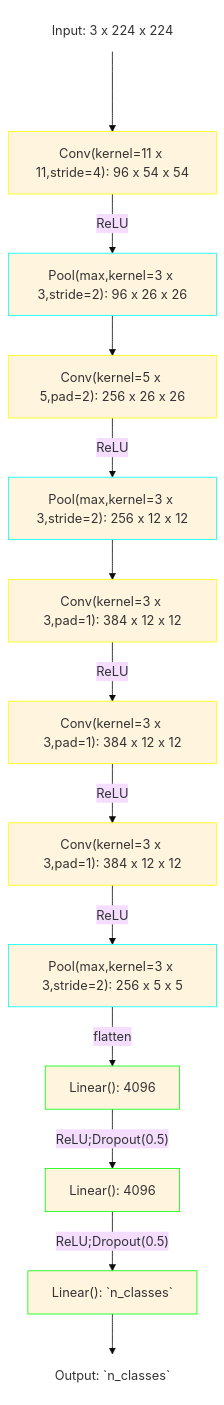
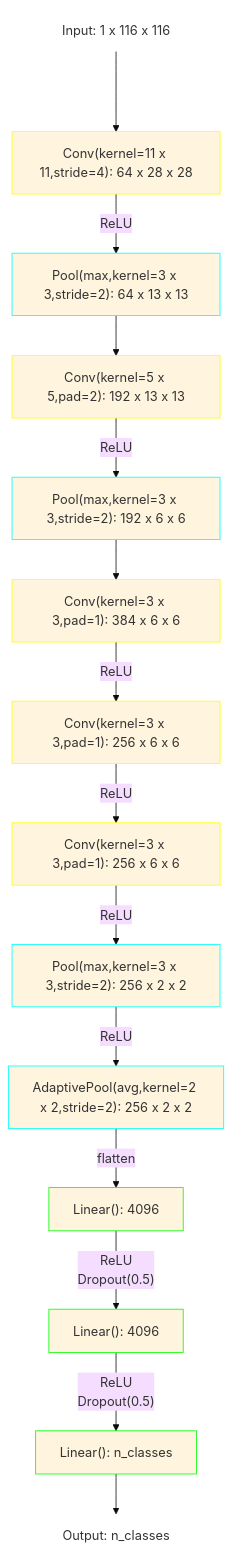
The diagram in src/model/neural_net/alexnet/README.md (bajcsiadel/fMRI-Analysis-to-Predict-Alzheimer-Traditional-vs-Deep-Learning), drawn with Mermaid (base theme) before and after one commit. The commit also changed other lines of this file and 3 other files, not shown here.

````diff
--- a/src/model/neural_net/alexnet/README.md
+++ b/src/model/neural_net/alexnet/README.md
@@ -14,20 +14,21 @@
 ```mermaid
 graph TD;
     classDef convNode stroke:#FFFF00;
     classDef poolNode stroke:#00FFFF;
     classDef linearNode stroke:#00FF00;
     classDef simpleText stroke-opacity:0, fill-opacity: 0;
     
-    INPUT[Input: 3 x 224 x 224]:::simpleText ---> B["Conv(kernel=11 x 11,stride=4): 96 x 54 x 54"]:::convNode;
-    B -- ReLU --> C["Pool(max,kernel=3 x 3,stride=2): 96 x 26 x 26"]:::poolNode;
-    C --> D["Conv(kernel=5 x 5,pad=2): 256 x 26 x 26"]:::convNode;
-    D -- ReLU --> E["Pool(max,kernel=3 x 3,stride=2): 256 x 12 x 12"]:::poolNode;
-    E --> F["Conv(kernel=3 x 3,pad=1): 384 x 12 x 12"]:::convNode;
-    F -- ReLU --> G["Conv(kernel=3 x 3,pad=1): 384 x 12 x 12"]:::convNode;
-    G -- ReLU --> H["Conv(kernel=3 x 3,pad=1): 384 x 12 x 12"]:::convNode;
-    H -- ReLU --> I["Pool(max,kernel=3 x 3,stride=2): 256 x 5 x 5"]:::poolNode;
-    I -- flatten --> J["Linear(): 4096"]:::linearNode;
-    J -- "ReLU;Dropout(0.5)" --> K["Linear(): 4096"]:::linearNode;
-    K -- "ReLU;Dropout(0.5)" --> L["Linear(): `n_classes`"]:::linearNode;
-    L --> OUTPUT[Output: `n_classes`]:::simpleText;
+    INPUT[Input: 1 x 116 x 116]:::simpleText ---> B["Conv(kernel=11 x 11,stride=4): 64 x 28 x 28"]:::convNode;
+    B -- ReLU --> C["Pool(max,kernel=3 x 3,stride=2): 64 x 13 x 13"]:::poolNode;
+    C --> D["Conv(kernel=5 x 5,pad=2): 192 x 13 x 13"]:::convNode;
+    D -- ReLU --> E["Pool(max,kernel=3 x 3,stride=2): 192 x 6 x 6"]:::poolNode;
+    E --> F["Conv(kernel=3 x 3,pad=1): 384 x 6 x 6"]:::convNode;
+    F -- ReLU --> G["Conv(kernel=3 x 3,pad=1): 256 x 6 x 6"]:::convNode;
+    G -- ReLU --> H["Conv(kernel=3 x 3,pad=1): 256 x 6 x 6"]:::convNode;
+    H -- ReLU --> I["Pool(max,kernel=3 x 3,stride=2): 256 x 2 x 2"]:::poolNode;
+    I -- ReLU --> J["AdaptivePool(avg,kernel=2 x 2,stride=2): 256 x 2 x 2"]:::poolNode;
+    J -- flatten --> K["Linear(): 4096"]:::linearNode;
+    K -- "ReLU <br /> Dropout(0.5)" --> L["Linear(): 4096"]:::linearNode;
+    L -- "ReLU <br /> Dropout(0.5)" --> M["Linear(): n_classes"]:::linearNode;
+    M --> OUTPUT[Output: n_classes]:::simpleText;
 ```
````
